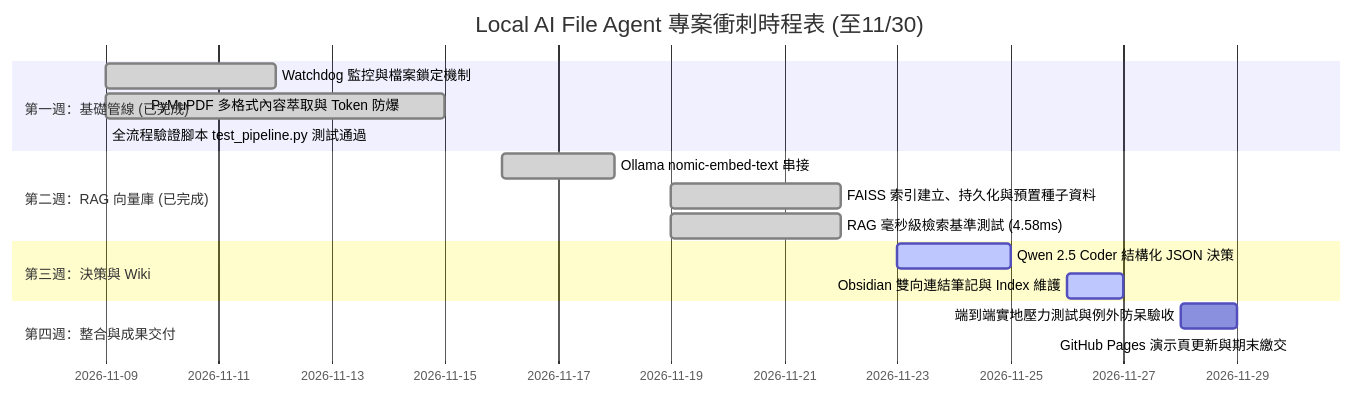
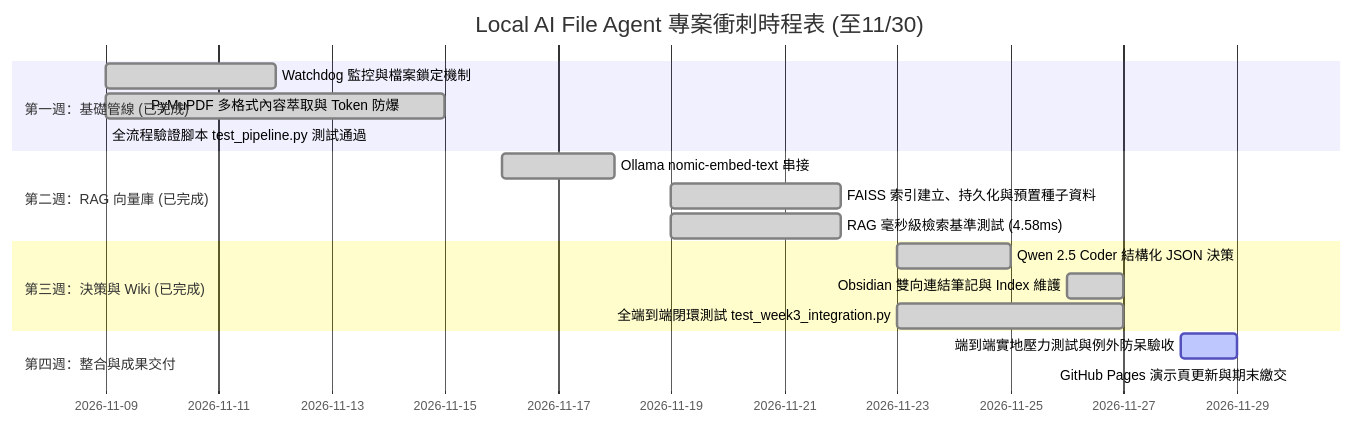
The diagram in Local AI File Agent/PROGRESS.md (PhilipLin0211/115_1_TAICA_IVEAI), drawn with Mermaid before and after one commit. The commit also changed other lines of this file and 3 other files, not shown here.

Commit message:
feat(week3): 完成第三週全端到端決策、Obsidian 第二大腦整合與向量閉環驗收 (8/8 通過)

````diff
--- a/Local AI File Agent/PROGRESS.md
+++ b/Local AI File Agent/PROGRESS.md
@@ -17,19 +17,20 @@
 ```mermaid
 gantt
     title Local AI File Agent 專案衝刺時程表 (至11/30)
     dateFormat  YYYY-MM-DD
     section 第一週：基礎管線 (已完成)
     Watchdog 監控與檔案鎖定機制         :done,    w1_1, 2026-11-09, 2026-11-12
     PyMuPDF 多格式內容萃取與 Token 防爆   :done,    w1_2, 2026-11-09, 2026-11-15
     全流程驗證腳本 test_pipeline.py 測試通過 :done,  w1_3, 2026-11-09, 2026-11-09
     section 第二週：RAG 向量庫 (已完成)
     Ollama nomic-embed-text 串接        :done,    w2_1, 2026-11-16, 2026-11-18
     FAISS 索引建立、持久化與預置種子資料 :done,    w2_2, 2026-11-19, 2026-11-22
     RAG 毫秒級檢索基準測試 (4.58ms)       :done,    w2_3, 2026-11-19, 2026-11-22
-    section 第三週：決策與 Wiki
-    Qwen 2.5 Coder 結構化 JSON 決策     :active,  w3_1, 2026-11-23, 2026-11-25
-    Obsidian 雙向連結筆記與 Index 維護   :active,  w3_2, 2026-11-26, 2026-11-27
+    section 第三週：決策與 Wiki (已完成)
+    Qwen 2.5 Coder 結構化 JSON 決策     :done,    w3_1, 2026-11-23, 2026-11-25
+    Obsidian 雙向連結筆記與 Index 維護   :done,    w3_2, 2026-11-26, 2026-11-27
+    全端到端閉環測試 test_week3_integration.py :done, w3_3, 2026-11-23, 2026-11-27
     section 第四週：整合與成果交付
-    端到端實地壓力測試與例外防呆驗收    :         w4_1, 2026-11-28, 2026-11-29
-    GitHub Pages 演示頁更新與期末繳交   :         w4_2, 2026-11-30, 2026-11-30
+    端到端實地壓力測試與例外防呆驗收    :active,  w4_1, 2026-11-28, 2026-11-29
+    GitHub Pages 演示頁更新與期末繳交   :active,  w4_2, 2026-11-30, 2026-11-30
 ```
````
